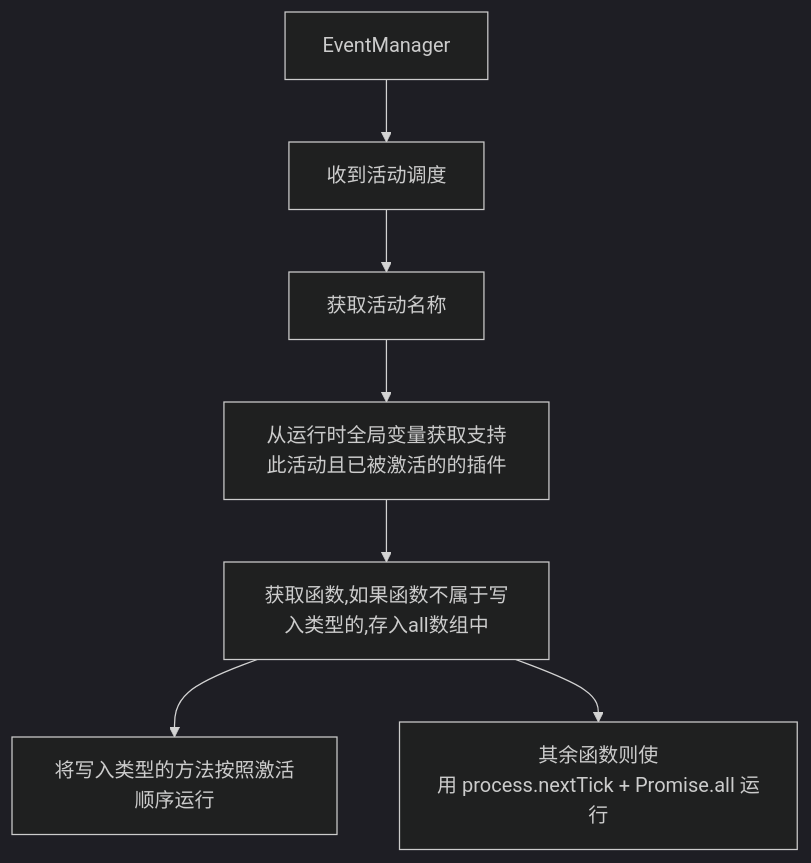
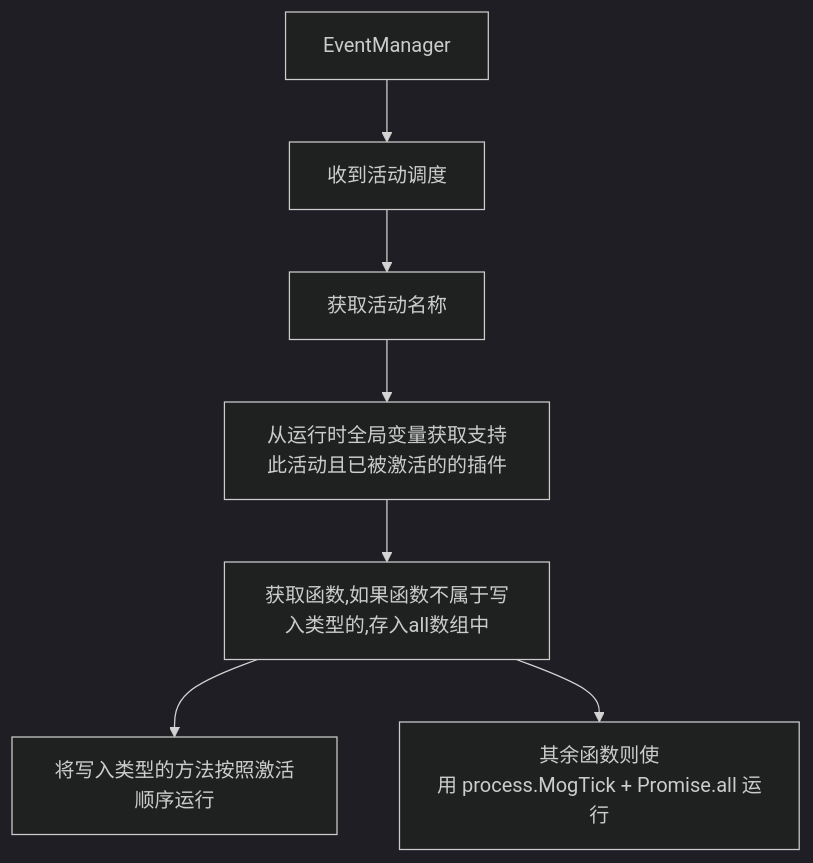
Before and after one commit to mogland/rfcs: the second of 2 diagrams in active-rfcs/0001-plugin-ststem.md, drawn with Mermaid (dark theme). The commit also changed other lines of this file and 2 other files, not shown here.

Commit message:
docs: replace to 'mog'

````diff
--- a/active-rfcs/0001-plugin-ststem.md
+++ b/active-rfcs/0001-plugin-ststem.md
@@ -228,8 +228,8 @@
 ```mermaid
 flowchart TD;
 EventManager --> 收到活动调度
 收到活动调度 --> 获取活动名称
 获取活动名称 --> 从运行时全局变量获取支持此活动且已被激活的的插件
 从运行时全局变量获取支持此活动且已被激活的的插件 --> 获取函数,如果函数不属于写入类型的,存入all数组中 --> 将写入类型的方法按照激活顺序运行 
-获取函数,如果函数不属于写入类型的,存入all数组中 --> 其余函数则使用&nbspprocess.nextTick&nbsp+&nbspPromise.all&nbsp运行
+获取函数,如果函数不属于写入类型的,存入all数组中 --> 其余函数则使用&nbspprocess.MogTick&nbsp+&nbspPromise.all&nbsp运行
 ```
````
